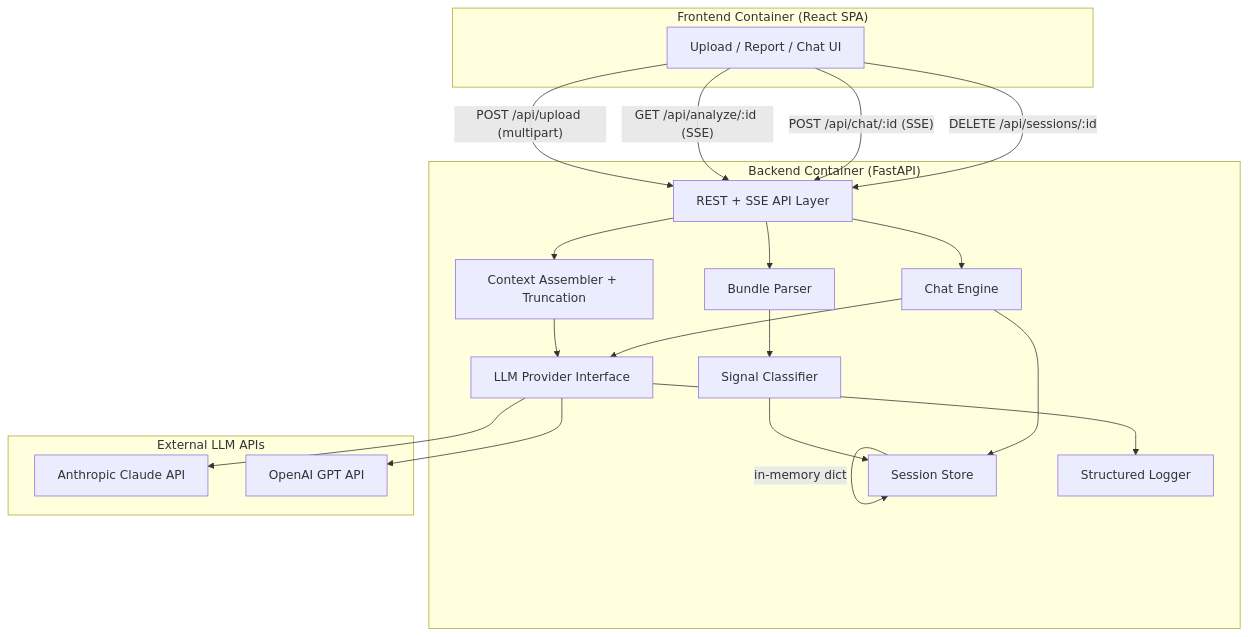
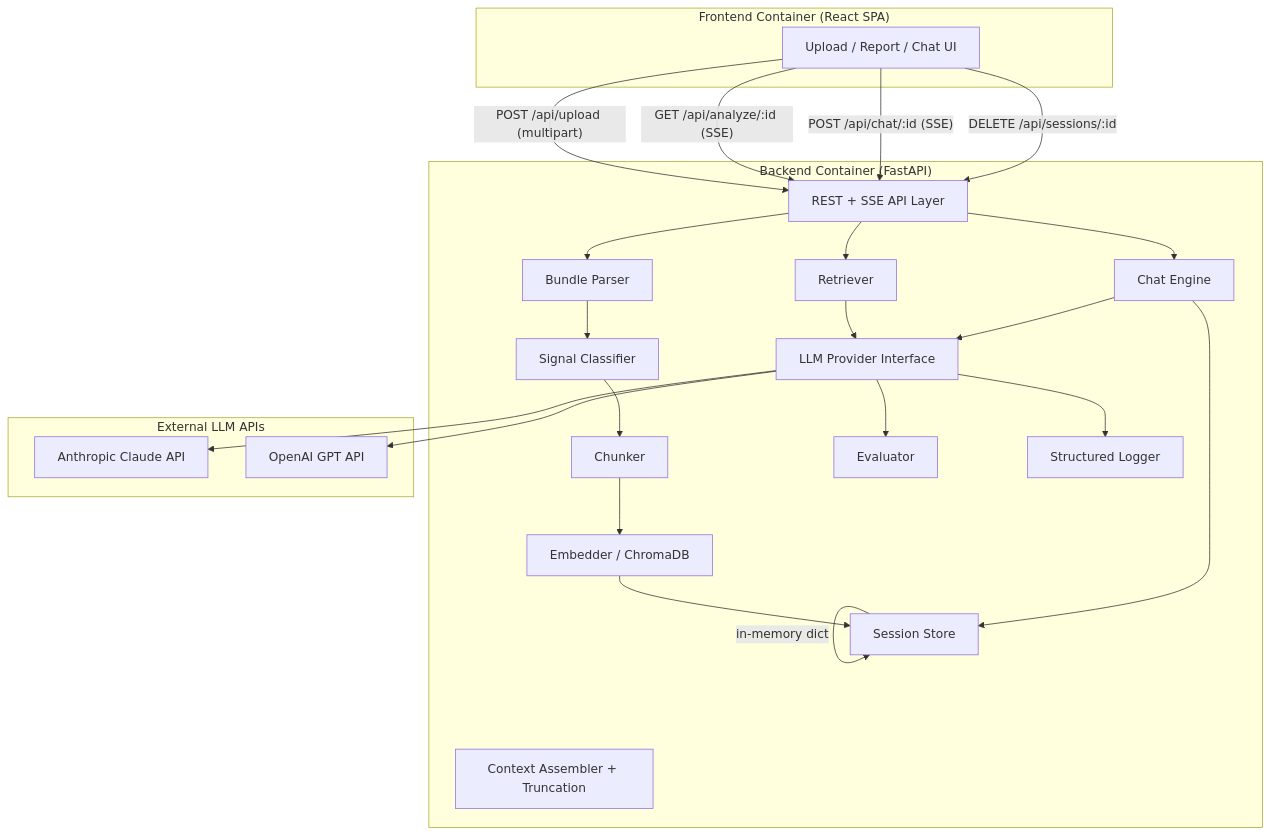
Before and after one commit to norumander/unravel: the diagram in docs/ARCHITECTURE.md, drawn with Mermaid. The commit also changed other lines of this file and 1 other file, not shown here.

Commit message:
docs: update architecture and README for RAG and eval pipeline [TASK-12]

````diff
--- a/docs/ARCHITECTURE.md
+++ b/docs/ARCHITECTURE.md
@@ -9,40 +9,47 @@
 ```mermaid
 graph TB
     subgraph Frontend ["Frontend Container (React SPA)"]
         UI[Upload / Report / Chat UI]
     end
 
     subgraph Backend ["Backend Container (FastAPI)"]
         API[REST + SSE API Layer]
         BP[Bundle Parser]
         SC[Signal Classifier]
+        CK[Chunker]
+        EM[Embedder / ChromaDB]
+        RT[Retriever]
+        EV[Evaluator]
         CA[Context Assembler + Truncation]
         CE[Chat Engine]
         SS[Session Store]
         SL[Structured Logger]
         PI[LLM Provider Interface]
     end
 
     subgraph LLM ["External LLM APIs"]
         ANT[Anthropic Claude API]
         OAI[OpenAI GPT API]
     end
 
     UI -->|"POST /api/upload (multipart)"| API
     UI -->|"GET /api/analyze/:id (SSE)"| API
     UI -->|"POST /api/chat/:id (SSE)"| API
     UI -->|"DELETE /api/sessions/:id"| API
 
     API --> BP
     BP --> SC
-    SC --> SS
-    API --> CA
-    CA --> PI
+    SC --> CK
+    CK --> EM
+    EM --> SS
+    API --> RT
+    RT --> PI
+    PI --> EV
     API --> CE
     CE --> PI
     CE --> SS
     PI --> ANT
     PI --> OAI
     PI --> SL
     SS -->|"in-memory dict"| SS
 ```
````
